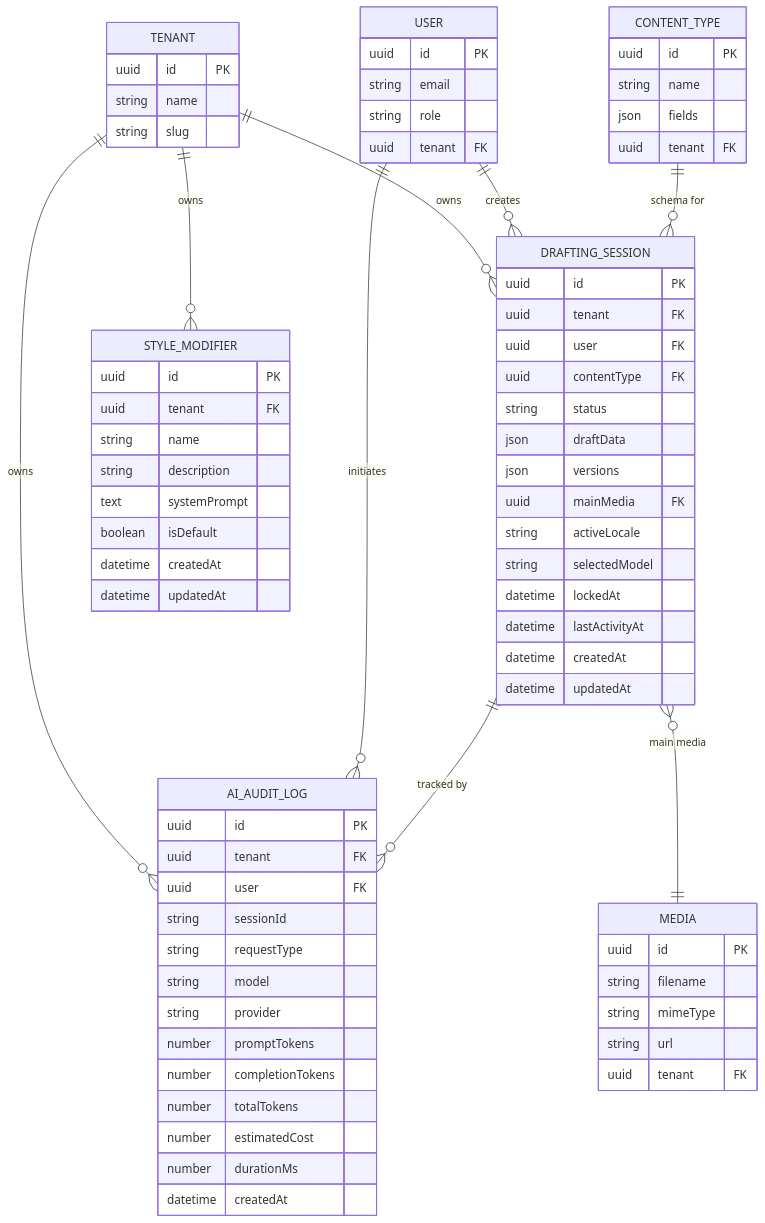
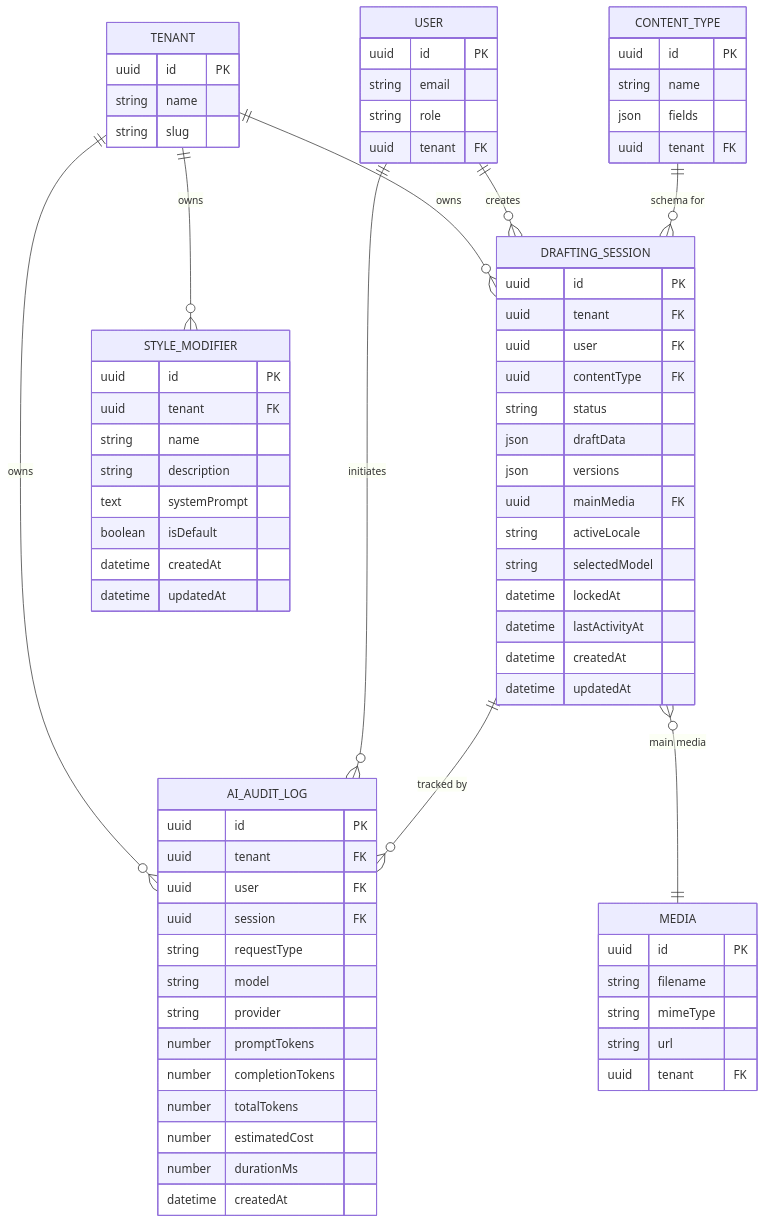
One commit to hson89/hermes-cms changed the first of 2 diagrams in specs/004-ai-content-drafting/data-model.md. Above: the diagram before and after it, drawn with Mermaid. The commit also changed other lines of this file and 7 other files, not shown here.

```diff
--- a/specs/004-ai-content-drafting/data-model.md
+++ b/specs/004-ai-content-drafting/data-model.md
@@ -71,7 +71,7 @@
         uuid id PK
         uuid tenant FK
         uuid user FK
-        string sessionId
+        uuid session FK
         string requestType
         string model
         string provider
```
